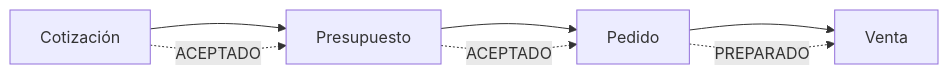
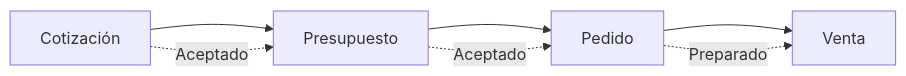
One commit to Zink-in-Tech/ZiT-ERP_DocsPublica_FE changed the first of 2 diagrams in docs/ventas/flujo-ventas.md. Above: the diagram before and after it, drawn with Mermaid. The commit also changed other lines of this file and 44 other files, not shown here.

````diff
--- a/docs/ventas/flujo-ventas.md
+++ b/docs/ventas/flujo-ventas.md
@@ -39,7 +37,7 @@
 ```mermaid
 flowchart LR
   C[Cotización] --> P[Presupuesto] --> Pe[Pedido] --> V[Venta]
-  C -.->|ACEPTADO| P
-  P -.->|ACEPTADO| Pe
-  Pe -.->|PREPARADO| V
+  C -.->|Aceptado| P
+  P -.->|Aceptado| Pe
+  Pe -.->|Preparado| V
 ```
````
